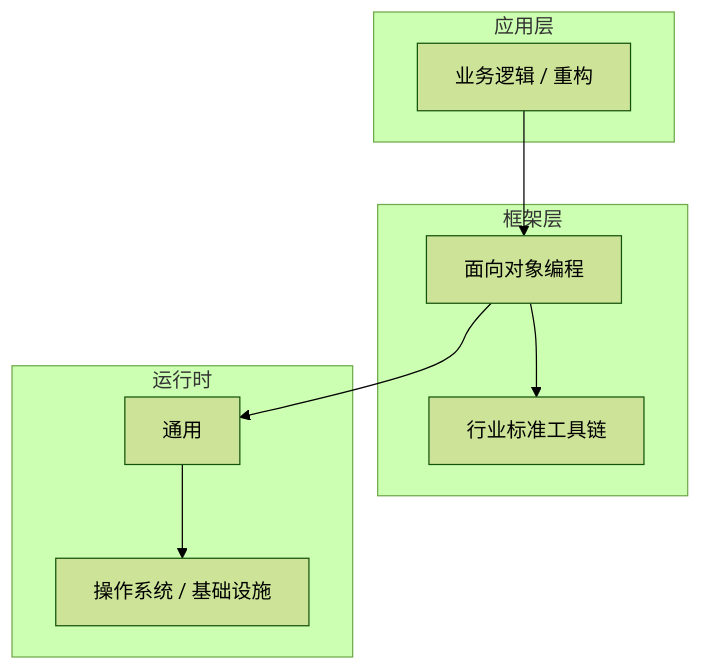
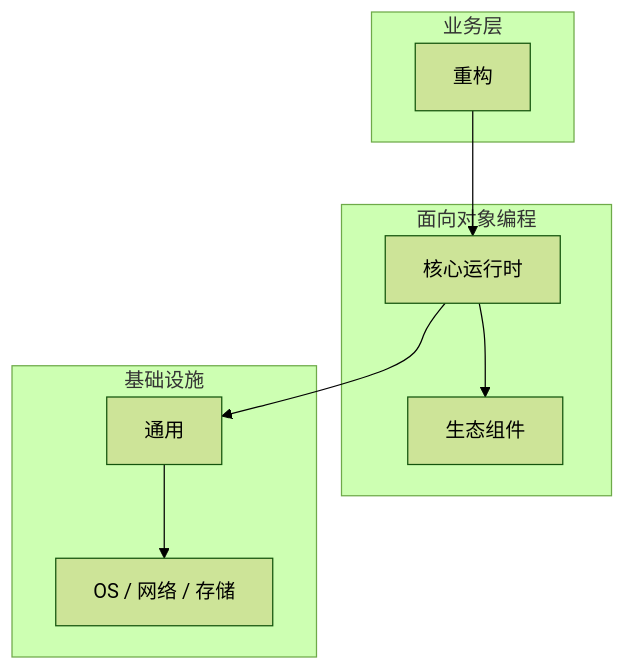
The diagram in articles/面向对象编程/chapters/066-重构核心概念与原理.md (yanggan2015/knowledge-json-v2), drawn with Mermaid (forest theme) before and after one commit. The commit also changed other lines of this file and 10127 other files, not shown here.

````diff
--- a/articles/面向对象编程/chapters/066-重构核心概念与原理.md
+++ b/articles/面向对象编程/chapters/066-重构核心概念与原理.md
@@ -45,18 +34,18 @@
 ```mermaid
 graph TB
-    subgraph 应用层
-        A[业务逻辑 / 重构]
+    subgraph 业务层
+        A[重构]
     end
-    subgraph 框架层
-        B[面向对象编程]
-        C[行业标准工具链]
+    subgraph 面向对象编程
+        B[核心运行时]
+        C[生态组件]
     end
-    subgraph 运行时
+    subgraph 基础设施
         D[通用]
-        E[操作系统 / 基础设施]
+        E[OS / 网络 / 存储]
     end
     A --> B
     B --> C
     B --> D
     D --> E
 ```
````
